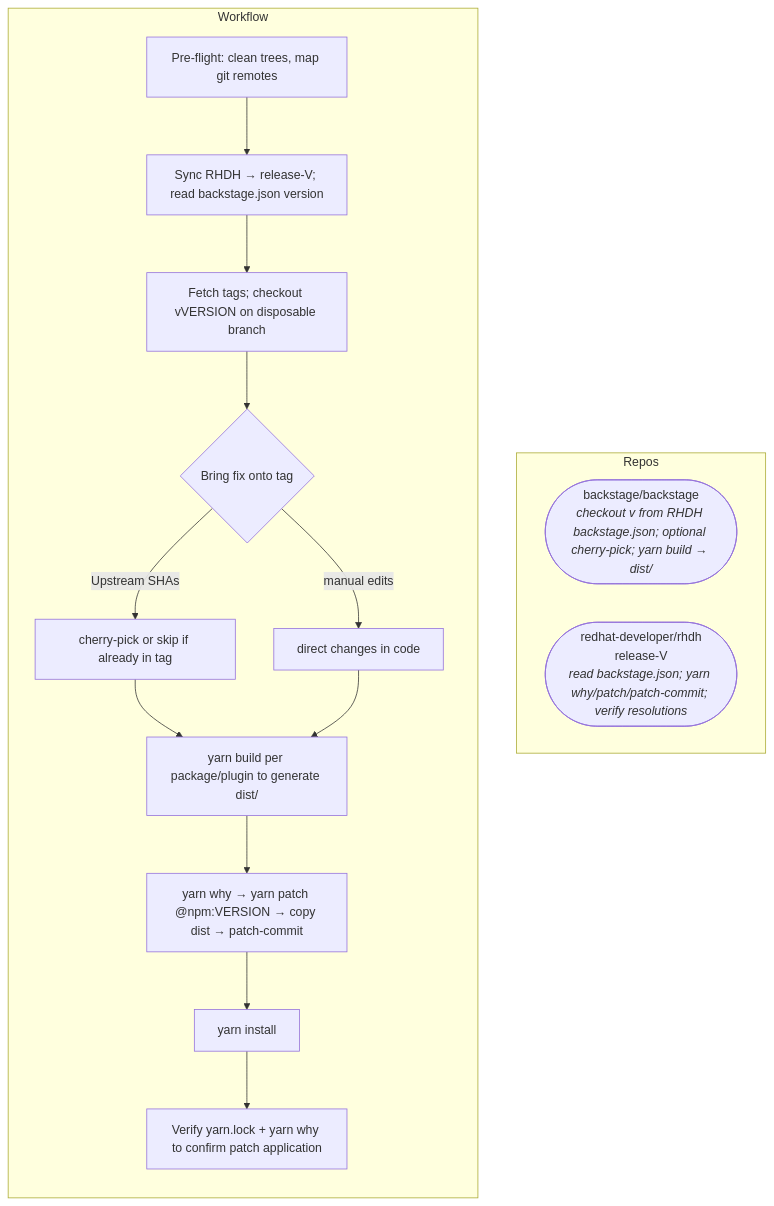
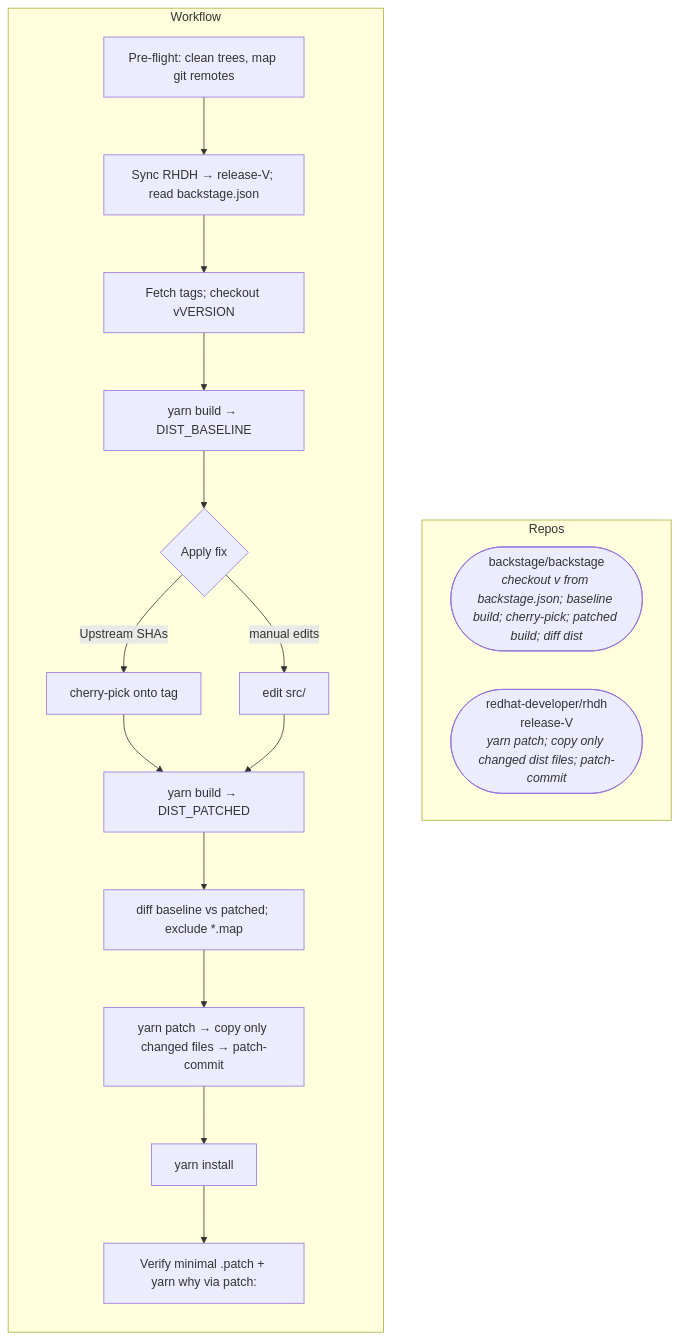
The diagram in skills/ci/rhdh-patch-backstage/workflows/overview.md (JessicaJHee/rhdh-skills), drawn with Mermaid before and after one commit. The commit also changed other lines of this file and 2 other files, not shown here.

Commit message:
fix(ci): keep rhdh-patch-backstage Yarn patches minimal
Build dist at the backstage.json tag before and after the fix, then copy
only the differing runtime files into the yarn patch temp—never replace
the whole dist tree (avoids sourcemap and rebuild noise).

````diff
--- a/skills/ci/rhdh-patch-backstage/workflows/overview.md
+++ b/skills/ci/rhdh-patch-backstage/workflows/overview.md
@@ -9,22 +9,24 @@
 ```mermaid
 flowchart TB
   subgraph repos["Repos"]
     direction LR
-    U(["backstage/backstage<br/><i>checkout v from RHDH backstage.json; optional cherry-pick; yarn build → dist/</i>"])
-    R(["redhat-developer/rhdh<br/>release-V<br/><i>read backstage.json; yarn why/patch/patch-commit; verify resolutions</i>"])
+    U(["backstage/backstage<br/><i>checkout v from backstage.json; baseline build; cherry-pick; patched build; diff dist</i>"])
+    R(["redhat-developer/rhdh<br/>release-V<br/><i>yarn patch; copy only changed dist files; patch-commit</i>"])
   end
 
   subgraph work["Workflow"]
     direction TB
-    P[Pre-flight: clean trees, map git remotes] --> S1[Sync RHDH → release-V; read backstage.json version]
-    S1 --> S2[Fetch tags; checkout vVERSION on disposable branch]
-    S2 --> S3{Bring fix onto tag}
-    S3 -->|Upstream SHAs| CP[cherry-pick or skip if already in tag]
-    S3 -->|manual edits| ME[direct changes in code]
-    CP --> B[yarn build per package/plugin to generate dist/]
-    ME --> B
-    B --> RHDH[yarn why → yarn patch @npm:VERSION → copy dist → patch-commit]
+    P[Pre-flight: clean trees, map git remotes] --> S1[Sync RHDH → release-V; read backstage.json]
+    S1 --> S2[Fetch tags; checkout vVERSION]
+    S2 --> B0[yarn build → DIST_BASELINE]
+    B0 --> S3{Apply fix}
+    S3 -->|Upstream SHAs| CP[cherry-pick onto tag]
+    S3 -->|manual edits| ME[edit src/]
+    CP --> B1[yarn build → DIST_PATCHED]
+    ME --> B1
+    B1 --> D[diff baseline vs patched; exclude *.map]
+    D --> RHDH[yarn patch → copy only changed files → patch-commit]
     RHDH --> I[yarn install]
-    I --> V[Verify yarn.lock + yarn why to confirm patch application]
+    I --> V[Verify minimal .patch + yarn why via patch:]
   end
 ```
````
